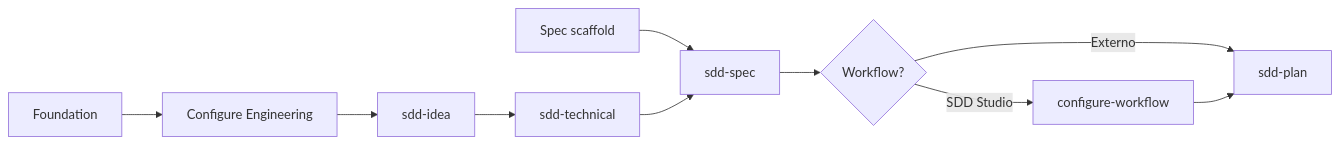
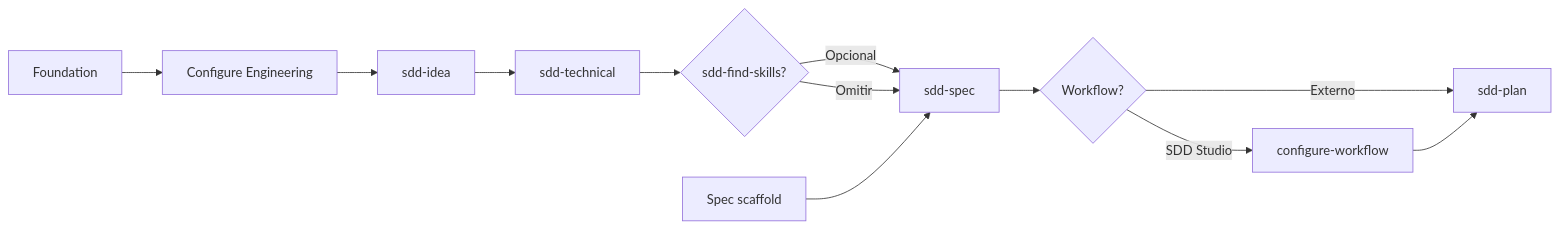
The diagram in docs/FLOW-GREENFIELD.md (JaredAzcarate/sdd-studio), drawn with Mermaid before and after one commit. The commit also changed other lines of this file and 34 other files, not shown here.

First line of the commit message:
feat(skills): add optional sdd-find-skills for stack-based discovery

````diff
--- a/docs/FLOW-GREENFIELD.md
+++ b/docs/FLOW-GREENFIELD.md
@@ -184,12 +205,14 @@
 ```mermaid
 flowchart LR
   INIT[Foundation] --> CFG[Configure Engineering]
   CFG --> IDEA[sdd-idea]
   IDEA --> TECH[sdd-technical]
-  SCAFFOLD[Spec scaffold] --> SPEC[sdd-spec]
-  TECH --> SPEC
+  TECH --> FIND{sdd-find-skills?}
+  FIND -->|Opcional| SPEC[sdd-spec]
+  FIND -->|Omitir| SPEC
+  SCAFFOLD[Spec scaffold] --> SPEC
   SPEC --> WF{Workflow?}
   WF -->|SDD Studio| CW[configure-workflow]
   WF -->|Externo| PLAN[sdd-plan]
   CW --> PLAN
 ```
````
